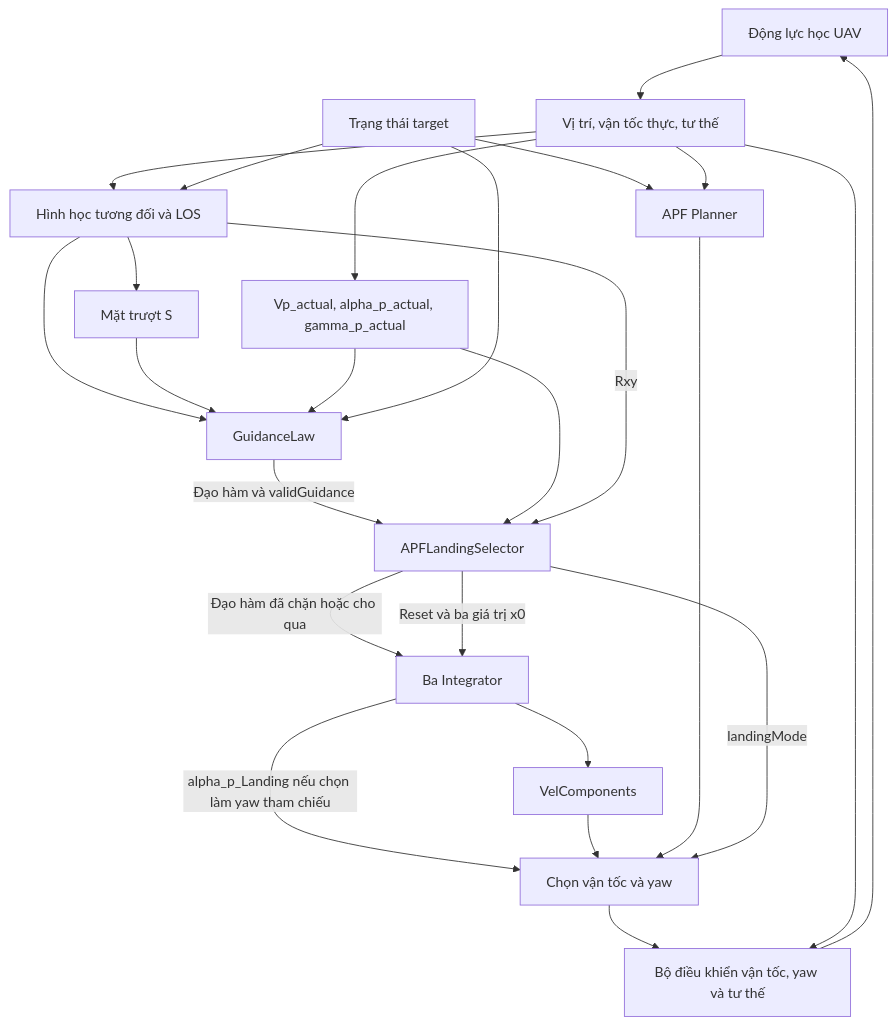
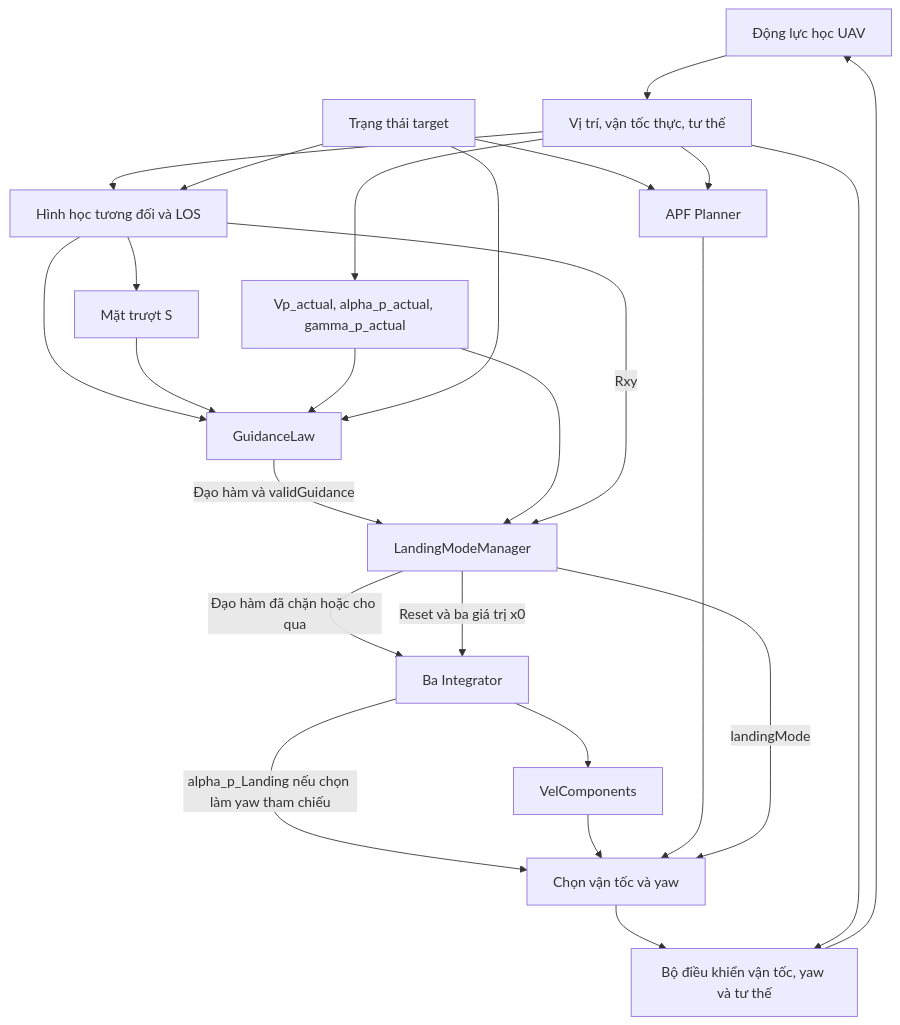
One commit to duytranvan6904/VDT_project changed the diagram in README.md. Above: the diagram before and after it, drawn with Mermaid. The commit also changed other lines of this file, not shown here.

````diff
--- a/README.md
+++ b/README.md
@@ -643,27 +643,27 @@
 ```mermaid
 flowchart TD
     UAV[Động lực học UAV] --> MEAS[Vị trí, vận tốc thực, tư thế]
     TARGET[Trạng thái target] --> APF[APF Planner]
     MEAS --> APF
     MEAS --> STATES[Vp_actual, alpha_p_actual, gamma_p_actual]
     MEAS --> LOS[Hình học tương đối và LOS]
     TARGET --> LOS
     LOS --> SURFACE[Mặt trượt S]
     LOS --> GUIDANCE[GuidanceLaw]
     SURFACE --> GUIDANCE
     STATES --> GUIDANCE
     TARGET --> GUIDANCE
-    GUIDANCE -->|Đạo hàm và validGuidance| MANAGER[APFLandingSelector]
+    GUIDANCE -->|Đạo hàm và validGuidance| MANAGER[LandingModeManager]
     STATES --> MANAGER
     LOS -->|Rxy| MANAGER
     MANAGER -->|Đạo hàm đã chặn hoặc cho qua| INTS[Ba Integrator]
     MANAGER -->|Reset và ba giá trị x0| INTS
     INTS --> VEL[VelComponents]
     INTS -->|alpha_p_Landing nếu chọn làm yaw tham chiếu| SELECT[Chọn vận tốc và yaw]
     VEL --> SELECT
     APF --> SELECT
     MANAGER -->|landingMode| SELECT
     SELECT --> CONTROL[Bộ điều khiển vận tốc, yaw và tư thế]
     MEAS --> CONTROL
     CONTROL --> UAV
 ```
````
